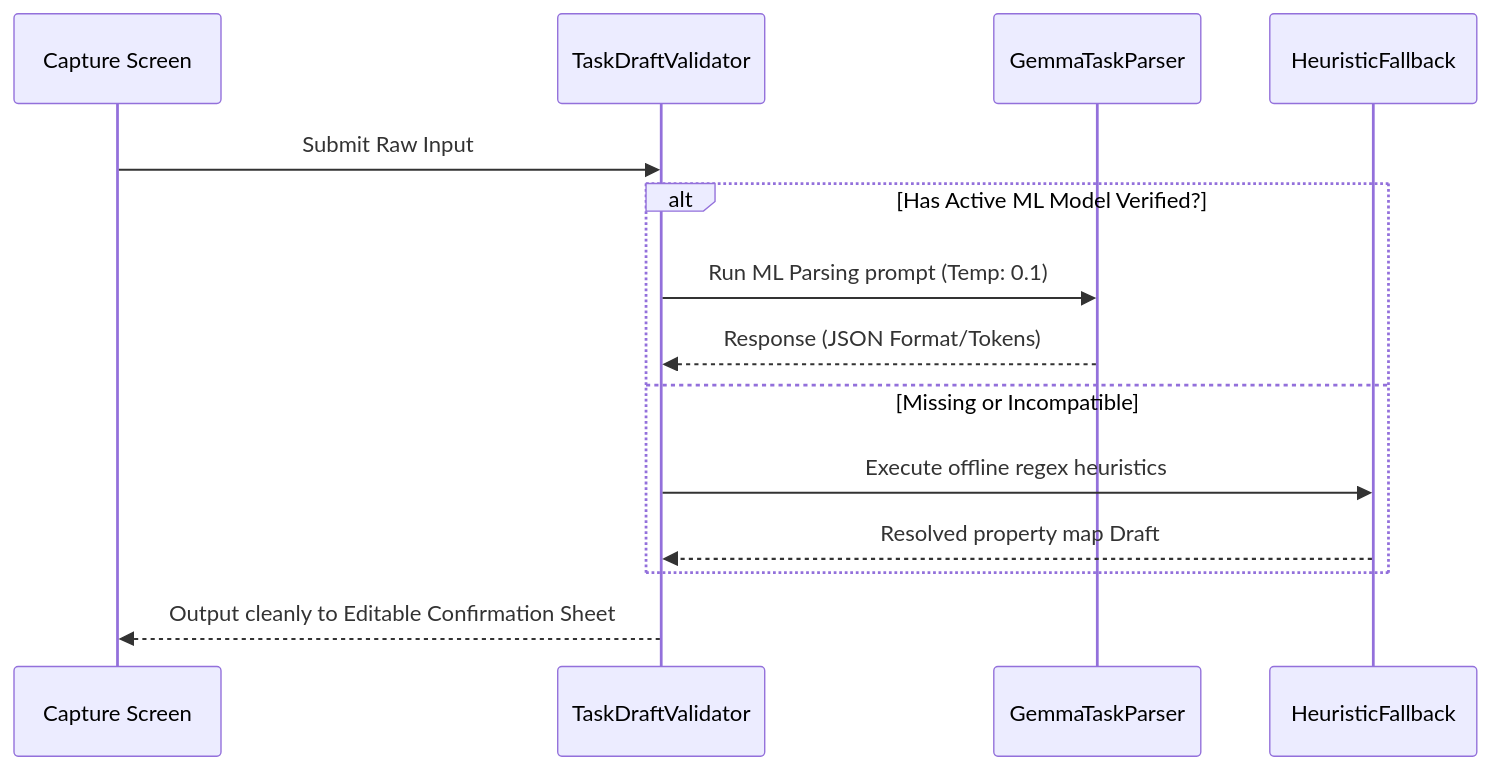
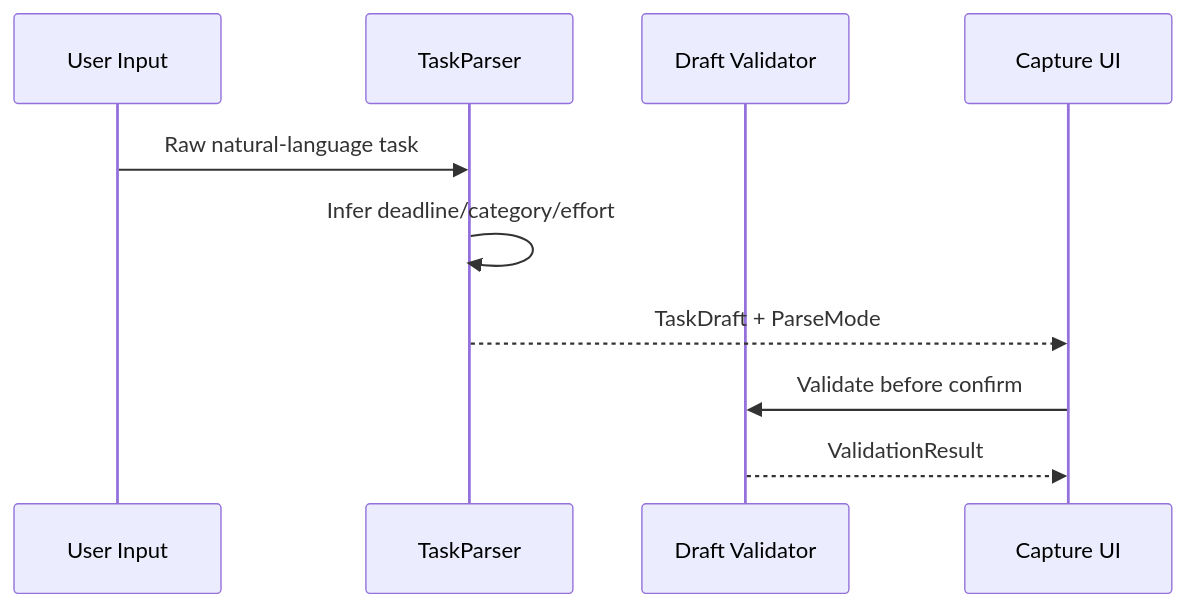
Before and after one commit to varunaditya27/ORKA: the second of 2 diagrams in ARCHITECTURE.md, drawn with Mermaid. The commit also changed other lines of this file and 1 other file, not shown here.

Commit message:
Refactor README and ARCHITECTURE documentation for clarity and consistency

````diff
--- a/ARCHITECTURE.md
+++ b/ARCHITECTURE.md
@@ -84,17 +122,13 @@
 ```mermaid
 sequenceDiagram
-    participant UI as Capture Screen
-    participant Val as TaskDraftValidator
-    participant MMP as GemmaTaskParser
-    participant H_Reg as HeuristicFallback
-    
-    UI->>Val: Submit Raw Input
-    alt Has Active ML Model Verified?
-        Val->>MMP: Run ML Parsing prompt (Temp: 0.1)
-        MMP-->>Val: Response (JSON Format/Tokens)
-    else Missing or Incompatible 
-        Val->>H_Reg: Execute offline regex heuristics
-        H_Reg-->>Val: Resolved property map Draft
-    end
-    Val-->>UI: Output cleanly to Editable Confirmation Sheet
+  participant U as User Input
+  participant P as TaskParser
+  participant V as Draft Validator
+  participant C as Capture UI
+
+  U->>P: Raw natural-language task
+  P->>P: Infer deadline/category/effort
+  P-->>C: TaskDraft + ParseMode
+  C->>V: Validate before confirm
+  V-->>C: ValidationResult
 ```
````
